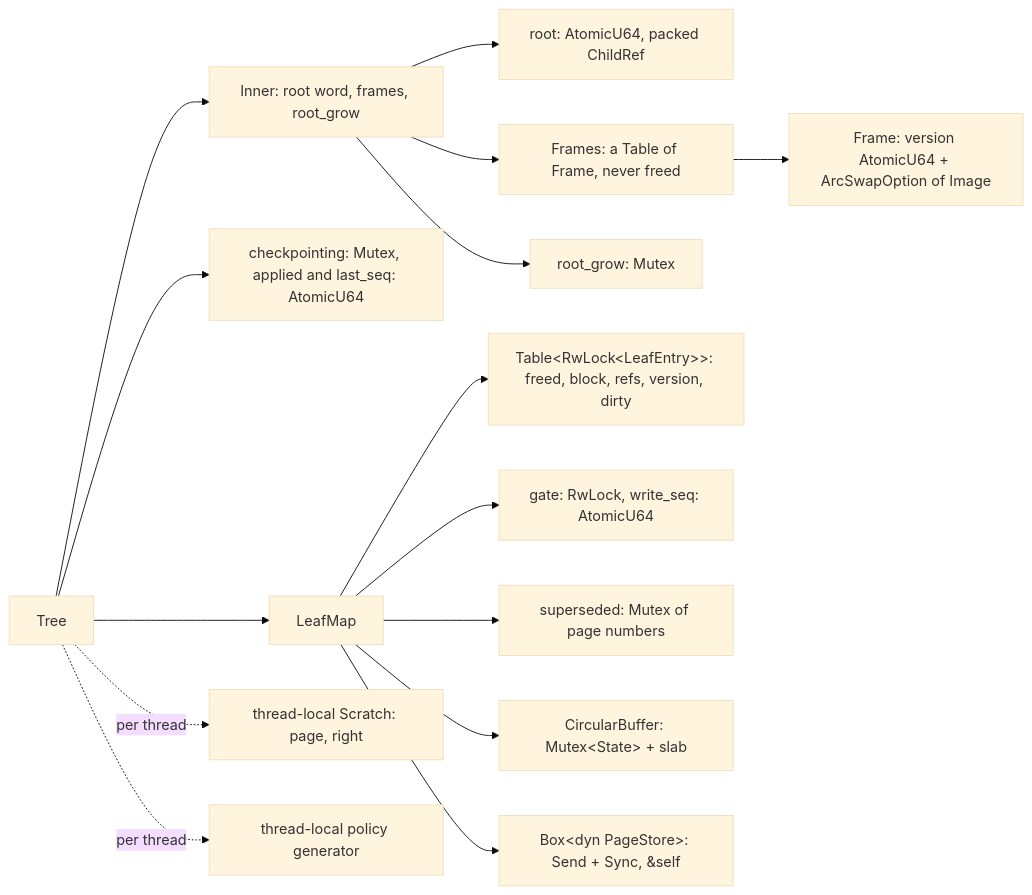
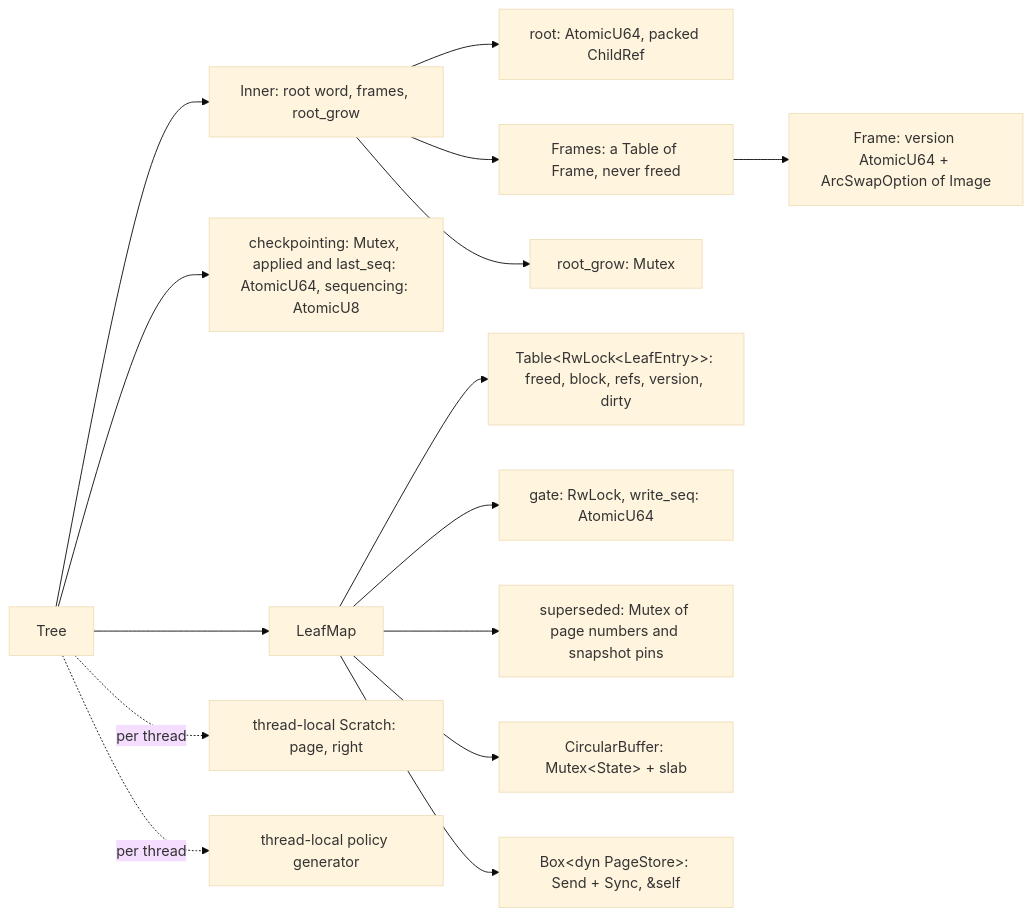
One commit to raydatray/peppydb changed the first of 4 diagrams in docs/design/bf-tree-concurrency.md. Above: the diagram before and after it, drawn with Mermaid (base theme). The commit also changed other lines of this file and 11 other files, not shown here.

````diff
--- a/docs/design/bf-tree-concurrency.md
+++ b/docs/design/bf-tree-concurrency.md
@@ -45,17 +50,17 @@
 ```mermaid
 flowchart LR
     Tree --> Inner["Inner: root word, frames, root_grow"]
     Inner --> Root["root: AtomicU64, packed ChildRef"]
     Inner --> F["Frames: a Table of Frame, never freed"]
     F --> Fr["Frame: version AtomicU64 + ArcSwapOption of Image"]
     Inner --> RG["root_grow: Mutex"]
-    Tree --> CK["checkpointing: Mutex, applied and last_seq: AtomicU64"]
+    Tree --> CK["checkpointing: Mutex, applied and last_seq: AtomicU64, sequencing: AtomicU8"]
     Tree --> Map["LeafMap"]
     Map --> E["Table&lt;RwLock&lt;LeafEntry&gt;&gt;: freed, block, refs, version, dirty"]
     Map --> GT["gate: RwLock, write_seq: AtomicU64"]
-    Map --> SS["superseded: Mutex of page numbers"]
+    Map --> SS["superseded: Mutex of page numbers and snapshot pins"]
     Map --> CB["CircularBuffer: Mutex&lt;State&gt; + slab"]
     Map --> PS["Box&lt;dyn PageStore&gt;: Send + Sync, &amp;self"]
     Tree -. per thread .-> S["thread-local Scratch: page, right"]
     Tree -. per thread .-> G["thread-local policy generator"]
 ```
````
